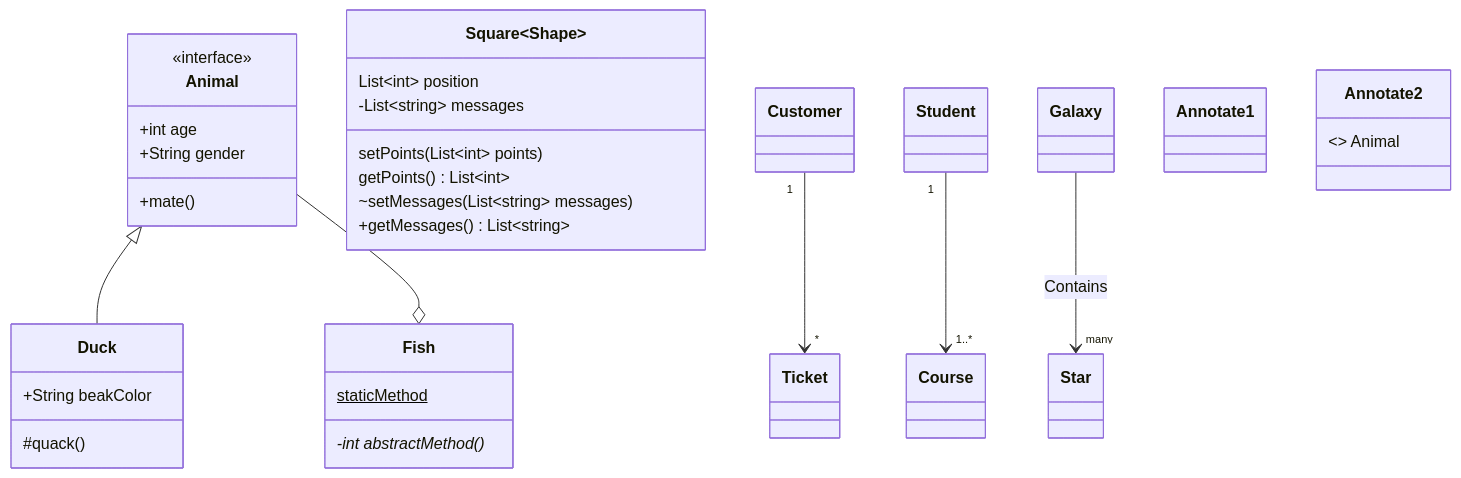
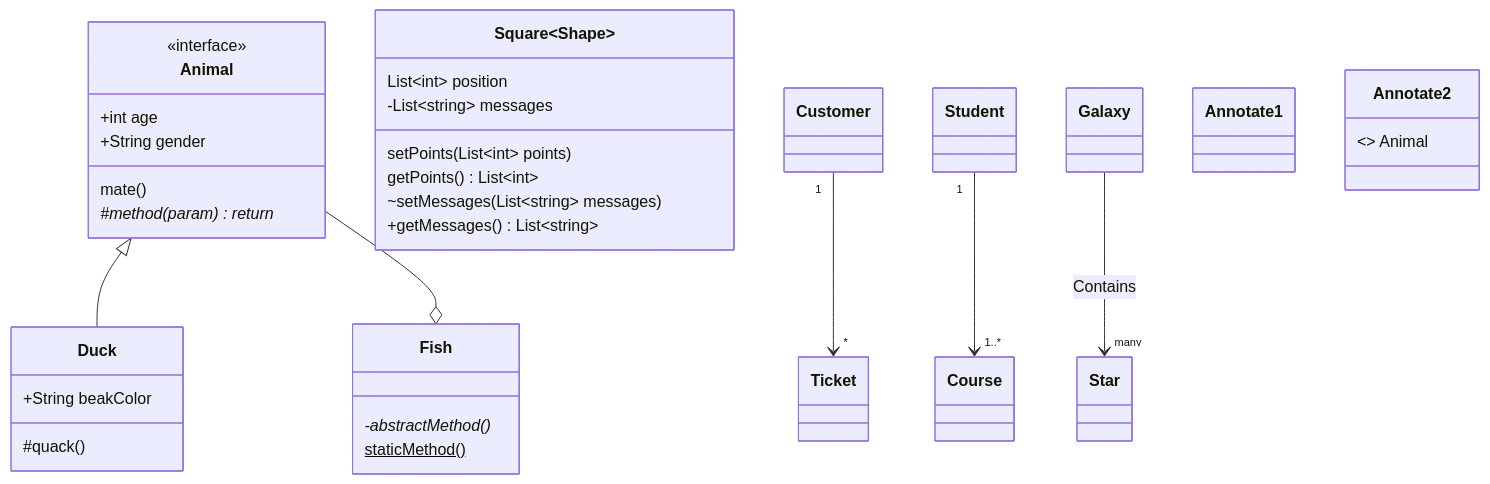
Before and after one commit to bpruitt-goddard/vscode-mermaid-syntax-highlight: the fifth of 5 diagrams in README.md, drawn with Mermaid. The commit also changed other lines of this file and 2 other files, not shown here.

````diff
--- a/README.md
+++ b/README.md
@@ -168,39 +168,40 @@
 ```mermaid
 classDiagram
   Animal <|-- Duck
   Animal --o Fish
   Animal : +int age
   Animal : +String gender
-  Animal: +mate()
+  Animal: mate()
+  Animal : #method(param)* return
   class Duck{
       %% Class Members
       +String beakColor
       #quack()
   }
   class Fish{
-      -int abstractMethod()*
-      staticMethod$
+      -abstractMethod()*
+      staticMethod()$
   }
   %% Class member generics
   class Square~Shape~{
       List~int~ position
       setPoints(List~int~ points)
       getPoints() List~int~
   }
   Square : -List~string~ messages
   Square : ~setMessages(List~string~ messages)
   Square : +getMessages() List~string~
 
   %% Multiplicity relations
   Customer "1" --> "*" Ticket
   Student "1" --> "1..*" Course
   Galaxy --> "many" Star : Contains
 
   %% Annotations
   class Annotate1
   <<interface>> Animal
 
   class Annotate2{
     <<interface>> Animal
   }
 ```
````
